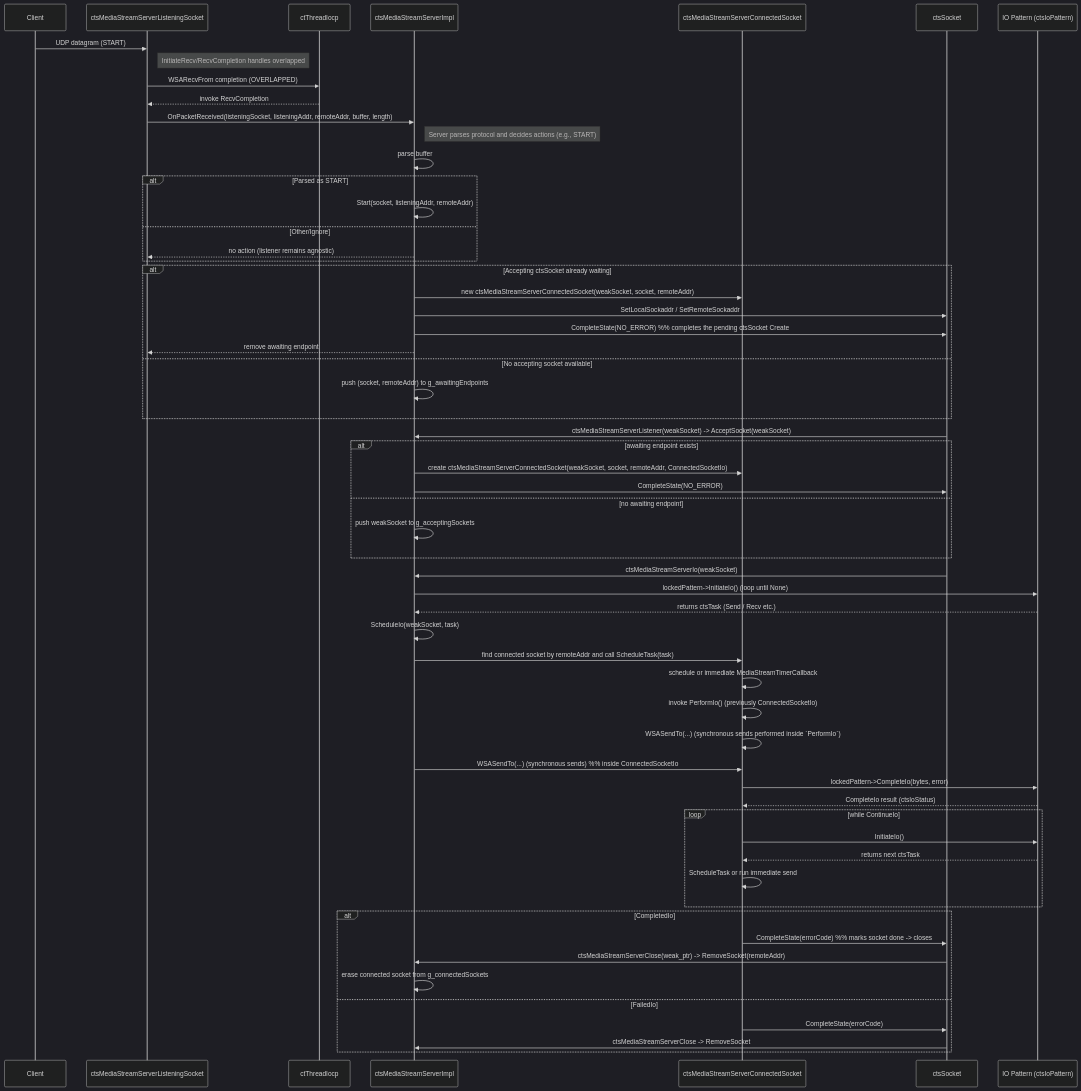
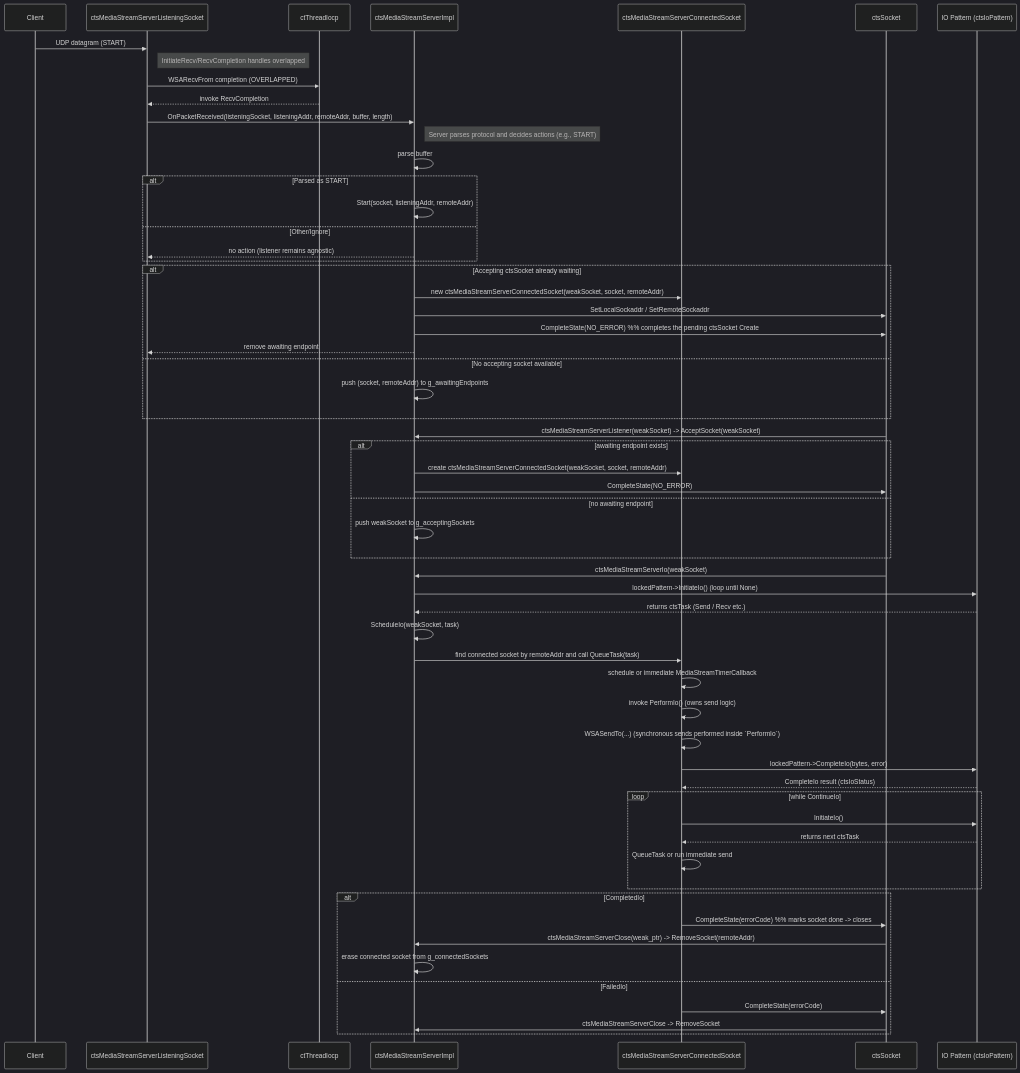
One commit to Alan-Jowett/ctsTraffic changed the diagram in docs/ctsMediaStream_interactions.md. Above: the diagram before and after it, drawn with Mermaid (dark theme). The commit also changed other lines of this file and 6 other files, not shown here.

````diff
--- a/docs/ctsMediaStream_interactions.md
+++ b/docs/ctsMediaStream_interactions.md
@@ -8,76 +8,75 @@
 ```mermaid
 sequenceDiagram
     participant Client
     participant Listener as ctsMediaStreamServerListeningSocket
     participant IOCP as ctThreadIocp
     participant Server as ctsMediaStreamServerImpl
     participant Connected as ctsMediaStreamServerConnectedSocket
     participant ctsSocket as ctsSocket
     participant Pattern as IO Pattern (ctsIoPattern)
 
     %% Client -> Listening socket
     Client->>Listener: UDP datagram (START)
     Note right of Listener: InitiateRecv/RecvCompletion handles overlapped
     Listener->>IOCP: WSARecvFrom completion (OVERLAPPED)
     IOCP-->>Listener: invoke RecvCompletion
 
     %% ListeningSocket forwards raw packet to server (listener is protocol-agnostic)
     Listener->>Server: OnPacketReceived(listeningSocket, listeningAddr, remoteAddr, buffer, length)
     Note right of Server: Server parses protocol and decides actions (e.g., START)
 
     %% Server parsing -> decide action
     Server->>Server: parse buffer
     alt Parsed as START
       Server->>Server: Start(socket, listeningAddr, remoteAddr)
     else Other/Ignore
       Server-->>Listener: no action (listener remains agnostic)
     end
 
     alt Accepting ctsSocket already waiting
       Server->>Connected: new ctsMediaStreamServerConnectedSocket(weakSocket, socket, remoteAddr)
         Server->>ctsSocket: SetLocalSockaddr / SetRemoteSockaddr
         Server->>ctsSocket: CompleteState(NO_ERROR)  %% completes the pending ctsSocket Create
         Server-->>Listener: remove awaiting endpoint
     else No accepting socket available
         Server->>Server: push (socket, remoteAddr) to g_awaitingEndpoints
     end
 
     %% ctsSocket actively asks to accept later
     ctsSocket->>Server: ctsMediaStreamServerListener(weakSocket) -> AcceptSocket(weakSocket)
     alt awaiting endpoint exists
-        Server->>Connected: create ctsMediaStreamServerConnectedSocket(weakSocket, socket, remoteAddr, ConnectedSocketIo)
+      Server->>Connected: create ctsMediaStreamServerConnectedSocket(weakSocket, socket, remoteAddr)
         Server->>ctsSocket: CompleteState(NO_ERROR)
     else no awaiting endpoint
         Server->>Server: push weakSocket to g_acceptingSockets
     end
 
     %% IO scheduling from ctsSocket / IO pattern
     ctsSocket->>Server: ctsMediaStreamServerIo(weakSocket)
     Server->>Pattern: lockedPattern->InitiateIo()  (loop until None)
     Pattern-->>Server: returns ctsTask (Send / Recv etc.)
     Server->>Server: ScheduleIo(weakSocket, task)
-    Server->>Connected: find connected socket by remoteAddr and call ScheduleTask(task)
+    Server->>Connected: find connected socket by remoteAddr and call QueueTask(task)
 
     Connected->>Connected: schedule or immediate MediaStreamTimerCallback
-      Connected->>Connected: invoke PerformIo() (previously ConnectedSocketIo)
+      Connected->>Connected: invoke PerformIo() (owns send logic)
       Connected->>Connected: WSASendTo(...) (synchronous sends performed inside `PerformIo`)
-    Server->>Connected: WSASendTo(...) (synchronous sends)  %% inside ConnectedSocketIo
 
     Connected->>Pattern: lockedPattern->CompleteIo(bytes, error)
     Pattern-->>Connected: CompleteIo result (ctsIoStatus)
     loop while ContinueIo
         Connected->>Pattern: InitiateIo()
         Pattern-->>Connected: returns next ctsTask
-        Connected->>Connected: ScheduleTask or run immediate send
+        Connected->>Connected: QueueTask or run immediate send
     end
 
     alt CompletedIo
         Connected->>ctsSocket: CompleteState(errorCode)  %% marks socket done -> closes
         ctsSocket->>Server: ctsMediaStreamServerClose(weak_ptr) -> RemoveSocket(remoteAddr)
         Server->>Server: erase connected socket from g_connectedSockets
     else FailedIo
         Connected->>ctsSocket: CompleteState(errorCode)
         ctsSocket->>Server: ctsMediaStreamServerClose -> RemoveSocket
     end
 
 ```
````
